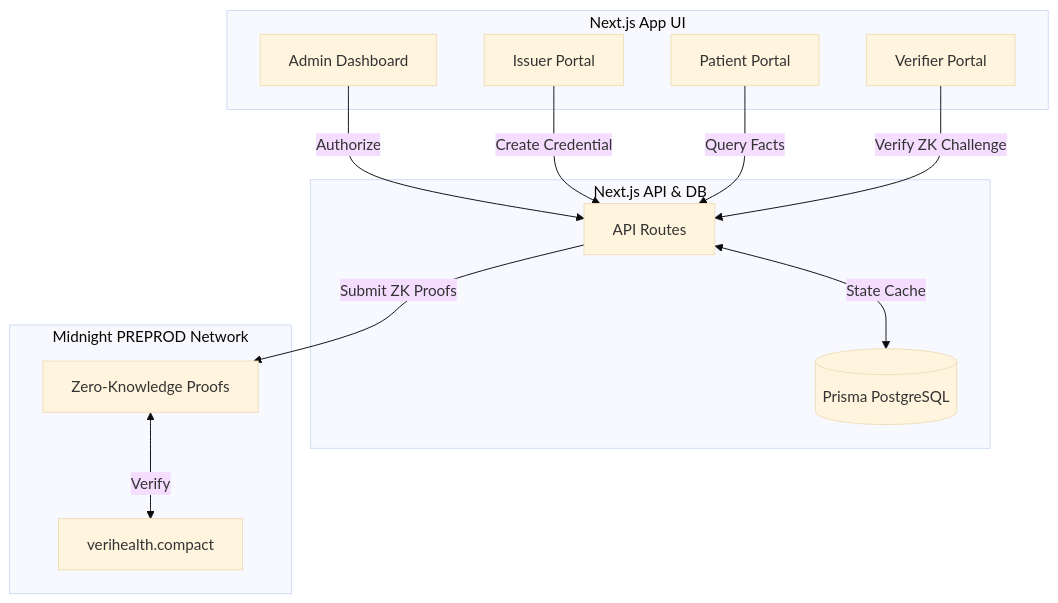
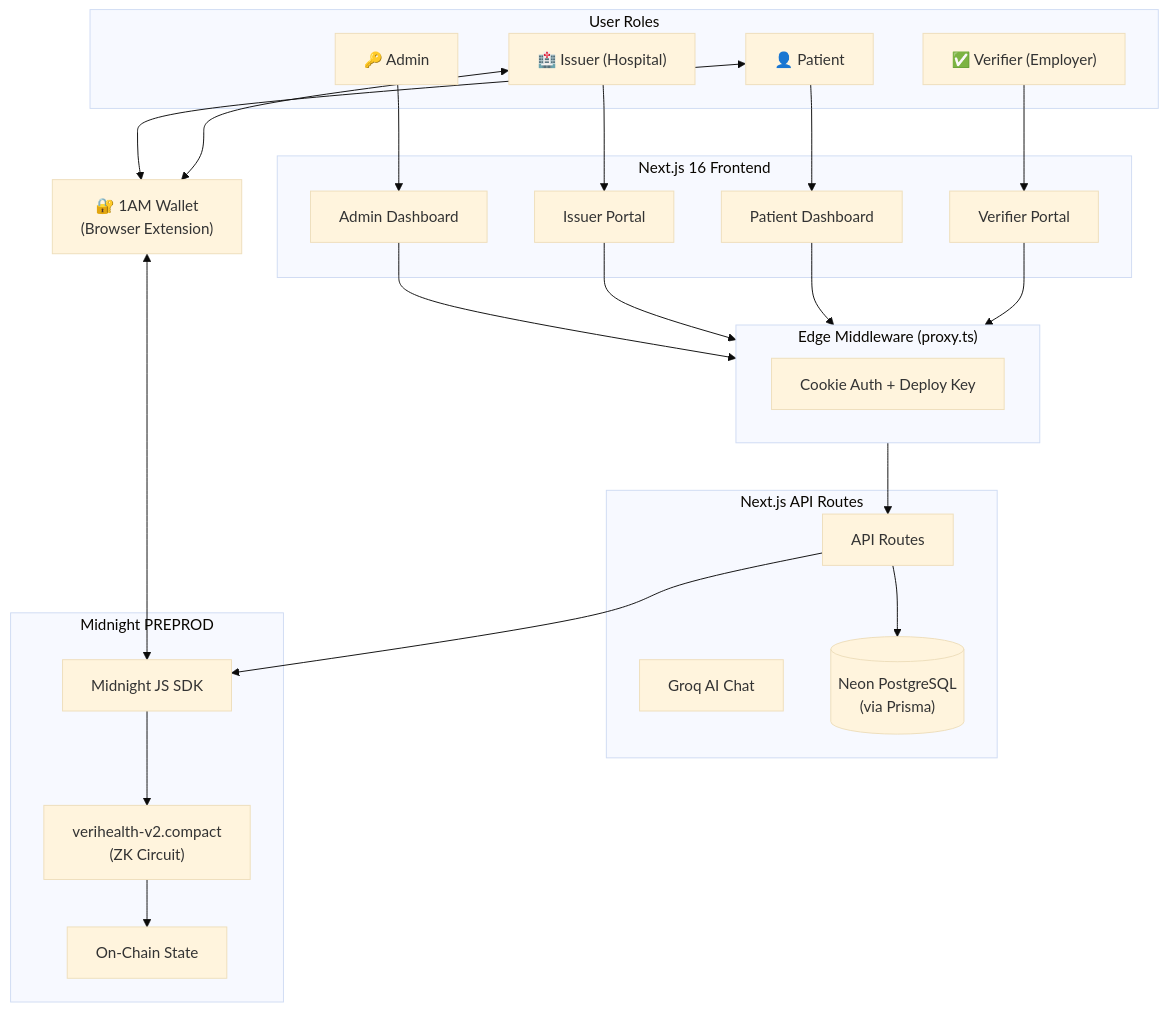
One commit to thisisouvik/VeriHealth changed the first of 2 diagrams in README.md. Above: the diagram before and after it, drawn with Mermaid (base theme). The commit also changed other lines of this file, not shown here.

Commit message:
feat(readme): update branding, enhance documentation structure, and improve user feedback section

````diff
--- a/README.md
+++ b/README.md
@@ -124,28 +186,49 @@
 ```mermaid
 graph TD
-    subgraph Frontend [Next.js App UI]
-        AdminUI[Admin Dashboard]
-        IssuerUI[Issuer Portal]
-        PatientUI[Patient Portal]
-        VerifierUI[Verifier Portal]
+    subgraph Users["User Roles"]
+        Admin["🔑 Admin"]
+        Issuer["🏥 Issuer (Hospital)"]
+        Patient["👤 Patient"]
+        Verifier["✅ Verifier (Employer)"]
     end
 
-    subgraph Backend [Next.js API & DB]
-        API[API Routes]
-        DB[(Prisma PostgreSQL)]
+    subgraph Frontend["Next.js 16 Frontend"]
+        AdminUI["Admin Dashboard"]
+        IssuerUI["Issuer Portal"]
+        PatientUI["Patient Dashboard"]
+        VerifierUI["Verifier Portal"]
     end
 
-    subgraph Midnight [Midnight PREPROD Network]
-        Compact[verihealth.compact]
-        ZK[Zero-Knowledge Proofs]
+    subgraph Middleware["Edge Middleware (proxy.ts)"]
+        Auth["Cookie Auth + Deploy Key"]
     end
 
-    AdminUI -->|Authorize| API
-    IssuerUI -->|Create Credential| API
-    PatientUI -->|Query Facts| API
-    VerifierUI -->|Verify ZK Challenge| API
+    subgraph Backend["Next.js API Routes"]
+        API["API Routes"]
+        AI["Groq AI Chat"]
+        DB[("Neon PostgreSQL\n(via Prisma)")]
+    end
 
-    API <-->|State Cache| DB
-    API -->|Submit ZK Proofs| ZK
-    ZK <-->|Verify| Compact
+    subgraph Midnight["Midnight PREPROD"]
+        SDK["Midnight JS SDK"]
+        Contract["verihealth-v2.compact\n(ZK Circuit)"]
+        Chain["On-Chain State"]
+    end
+
+    Wallet["🔐 1AM Wallet\n(Browser Extension)"]
+
+    Admin --> AdminUI
+    Issuer --> IssuerUI
+    Patient --> PatientUI
+    Verifier --> VerifierUI
+
+    AdminUI & IssuerUI & PatientUI & VerifierUI --> Middleware
+    Middleware --> API
+    API --> DB
+    API --> SDK
+    SDK --> Contract
+    Contract --> Chain
+
+    Patient & Issuer <--> Wallet
+    Wallet <--> SDK
 ```
````
